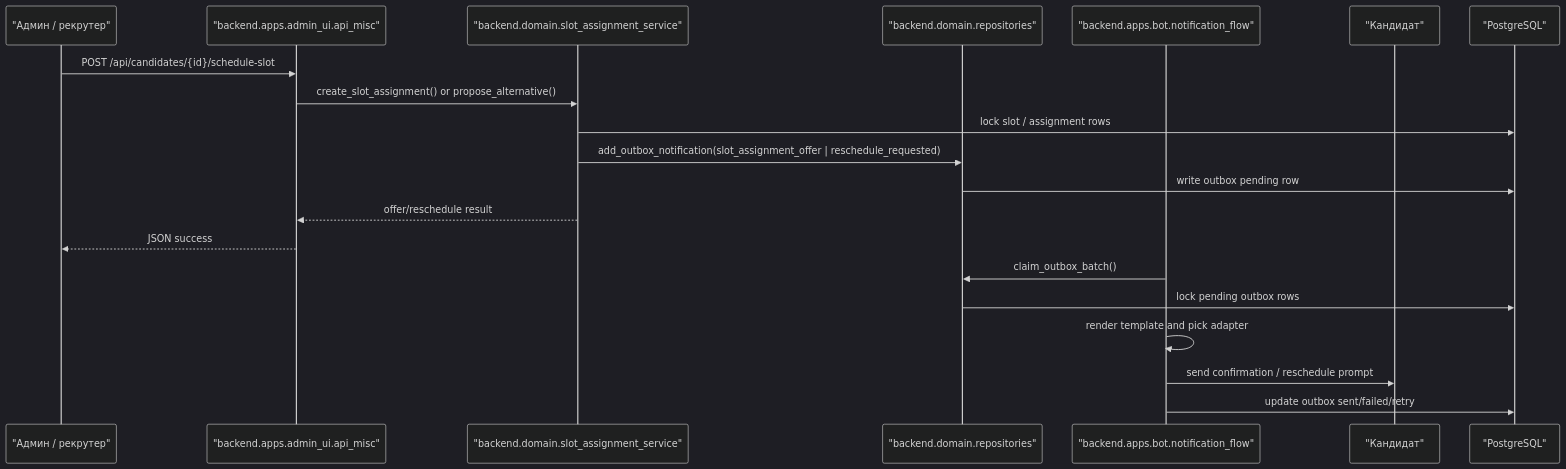
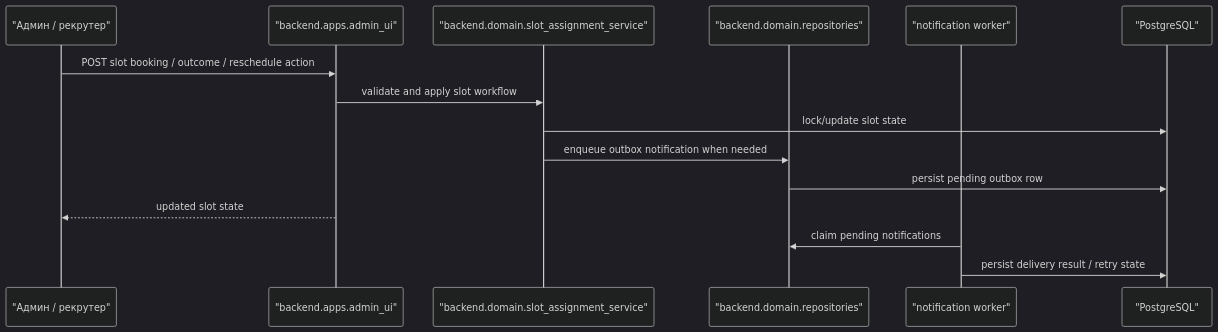
The second of 4 diagrams in docs/architecture/core-workflows.md (padka/HR), drawn with Mermaid (dark theme) before and after one commit. The commit also changed other lines of this file and 234 other files, not shown here.

````diff
--- a/docs/architecture/core-workflows.md
+++ b/docs/architecture/core-workflows.md
@@ -112,23 +69,18 @@
 ```mermaid
 sequenceDiagram
     participant A as "Админ / рекрутер"
-    participant API as "backend.apps.admin_ui.api_misc"
+    participant API as "backend.apps.admin_ui"
     participant S as "backend.domain.slot_assignment_service"
     participant R as "backend.domain.repositories"
-    participant B as "backend.apps.bot.notification_flow"
-    participant C as "Кандидат"
+    participant B as "notification worker"
     participant DB as "PostgreSQL"
 
-    A->>API: POST /api/candidates/{id}/schedule-slot
-    API->>S: create_slot_assignment() or propose_alternative()
-    S->>DB: lock slot / assignment rows
-    S->>R: add_outbox_notification(slot_assignment_offer | reschedule_requested)
-    R->>DB: write outbox pending row
-    S-->>API: offer/reschedule result
-    API-->>A: JSON success
-    B->>R: claim_outbox_batch()
-    R->>DB: lock pending outbox rows
-    B->>B: render template and pick adapter
-    B->>C: send confirmation / reschedule prompt
-    B->>DB: update outbox sent/failed/retry
+    A->>API: POST slot booking / outcome / reschedule action
+    API->>S: validate and apply slot workflow
+    S->>DB: lock/update slot state
+    S->>R: enqueue outbox notification when needed
+    R->>DB: persist pending outbox row
+    API-->>A: updated slot state
+    B->>R: claim pending notifications
+    B->>DB: persist delivery result / retry state
 ```
````
